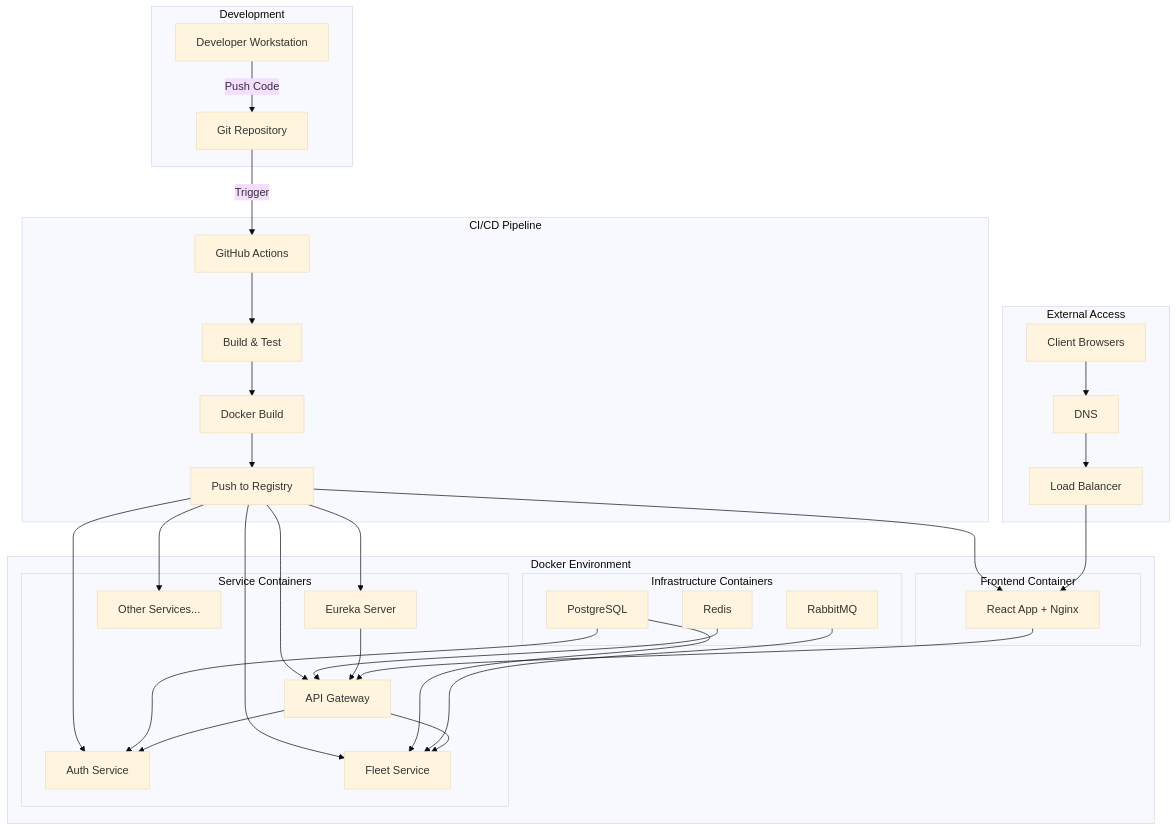
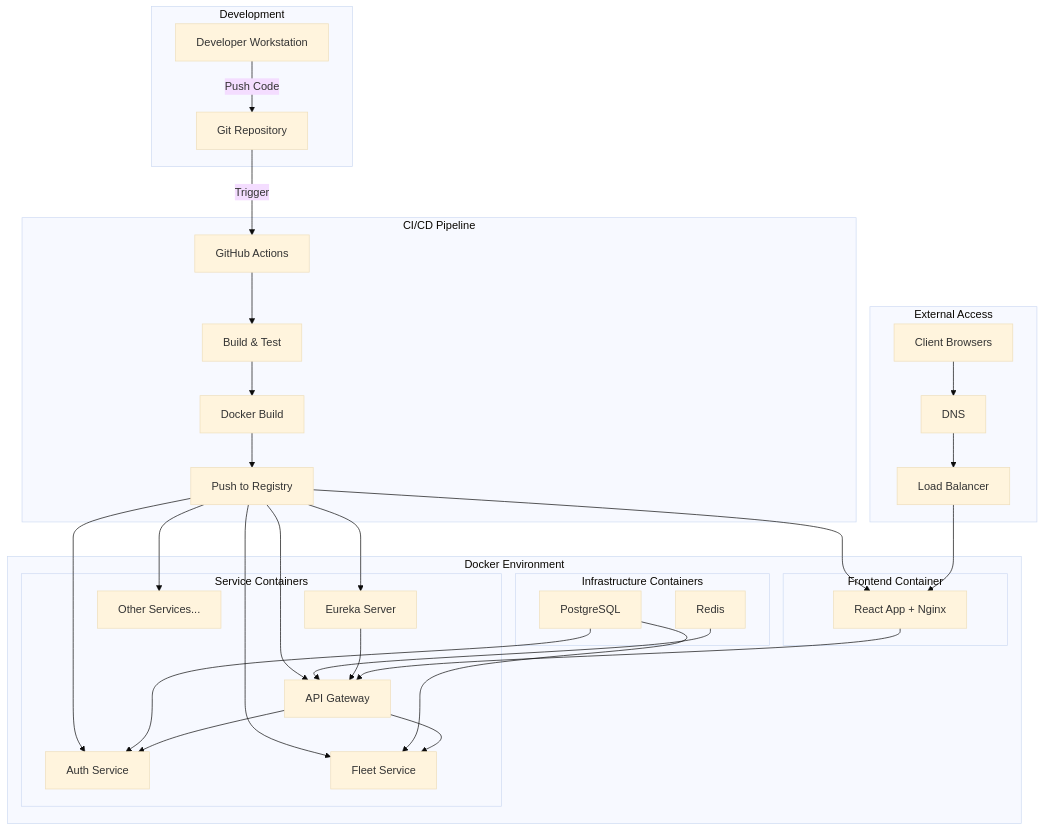
Before and after one commit to ommanoj88/SEV: diagram 17 of 18 in docs/ARCHITECTURE/APPLICATION_FLOWCHART.md, drawn with Mermaid (base theme). The commit also changed other lines of this file and 37 other files, not shown here.

````diff
--- a/docs/ARCHITECTURE/APPLICATION_FLOWCHART.md
+++ b/docs/ARCHITECTURE/APPLICATION_FLOWCHART.md
@@ -1002,64 +1002,64 @@
 ```mermaid
 flowchart TB
     subgraph "Development"
         DEV[Developer Workstation]
         GIT[Git Repository]
     end
     
     subgraph "CI/CD Pipeline"
         CI[GitHub Actions]
         BUILD[Build & Test]
         DOCKER_BUILD[Docker Build]
         PUSH[Push to Registry]
     end
     
     subgraph "Docker Environment"
         subgraph "Infrastructure Containers"
             PG[PostgreSQL]
             REDIS[Redis]
-            RABBIT[RabbitMQ]
+            
         end
         
         subgraph "Service Containers"
             EUREKA[Eureka Server]
             GATEWAY[API Gateway]
             AUTH_C[Auth Service]
             FLEET_C[Fleet Service]
             OTHER_C[Other Services...]
         end
         
         subgraph "Frontend Container"
             REACT_C[React App + Nginx]
         end
     end
     
     subgraph "External Access"
         LB[Load Balancer]
         DNS[DNS]
         CLIENT[Client Browsers]
     end
     
     DEV -->|Push Code| GIT
     GIT -->|Trigger| CI
     CI --> BUILD
     BUILD --> DOCKER_BUILD
     DOCKER_BUILD --> PUSH
     PUSH --> EUREKA
     PUSH --> GATEWAY
     PUSH --> AUTH_C
     PUSH --> FLEET_C
     PUSH --> OTHER_C
     PUSH --> REACT_C
     
     PG --> AUTH_C
     PG --> FLEET_C
     REDIS --> GATEWAY
-    RABBIT --> FLEET_C
+    
     
     EUREKA --> GATEWAY
     GATEWAY --> AUTH_C
     GATEWAY --> FLEET_C
     
     CLIENT --> DNS --> LB --> REACT_C
     REACT_C --> GATEWAY
 ```
````
